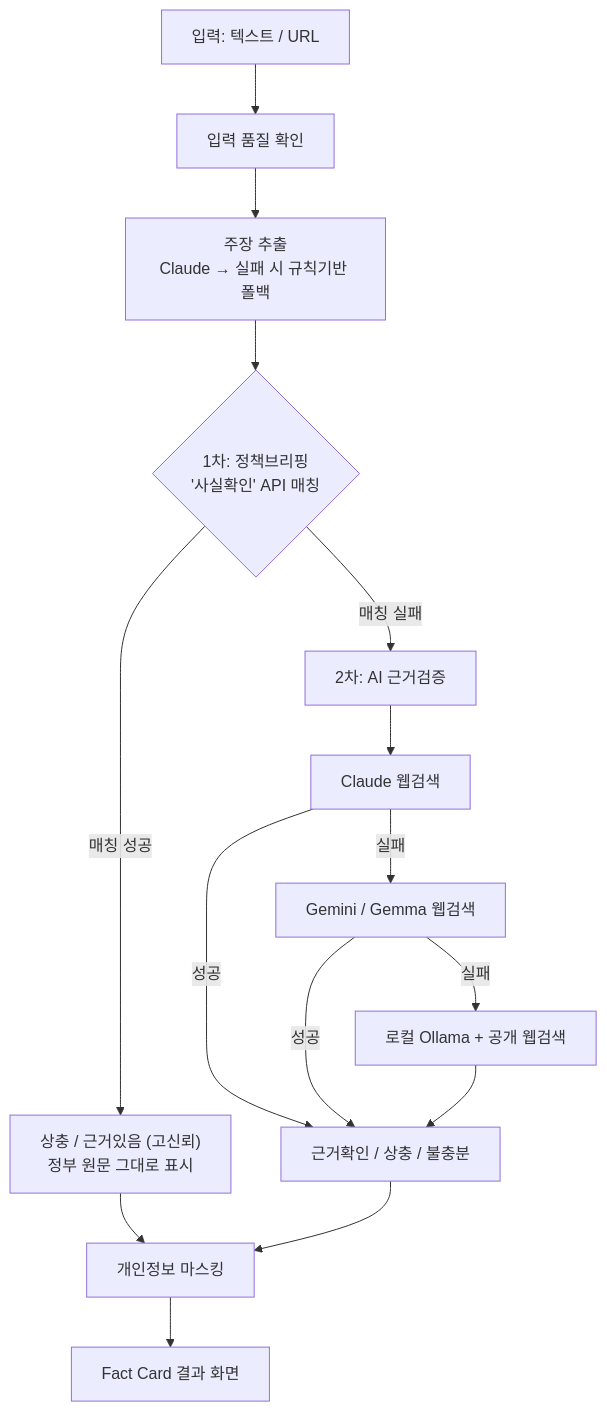
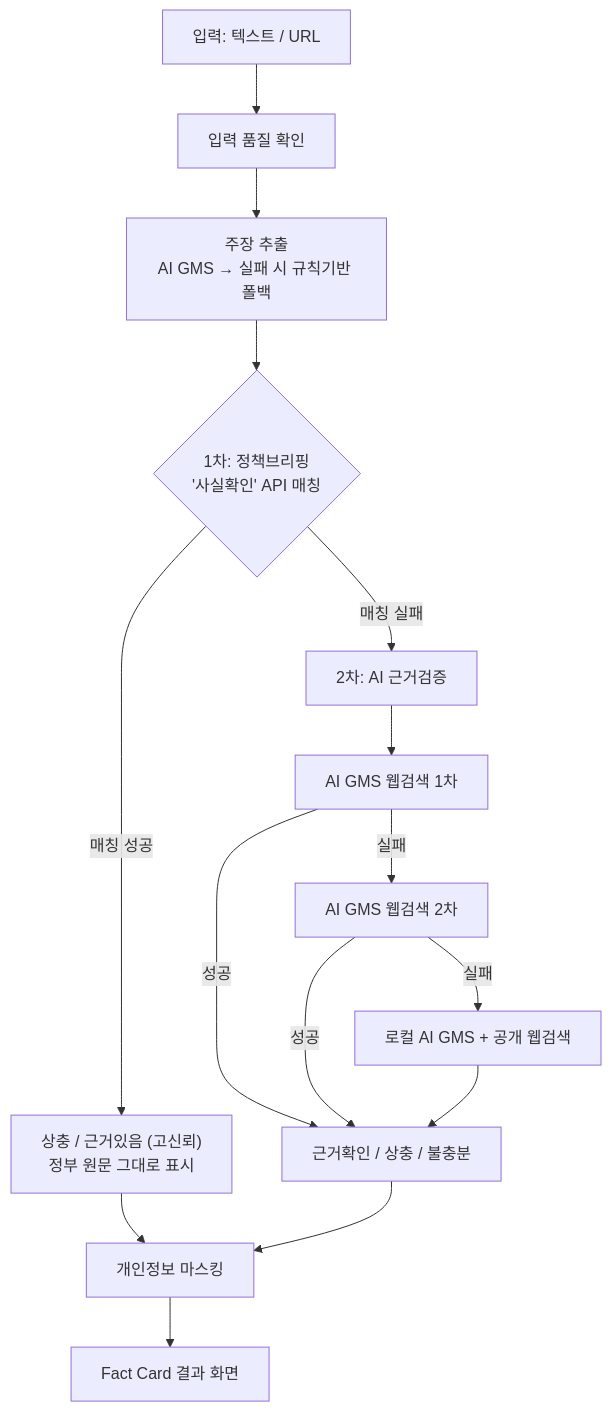
The diagram in README.md (ckalswl26/ICT-FactON-), drawn with Mermaid before and after one commit. The commit also changed other lines of this file and 9 other files, not shown here.

````diff
--- a/README.md
+++ b/README.md
@@ -31,17 +31,17 @@
 ```mermaid
 flowchart TD
     A[입력: 텍스트 / URL] --> B[입력 품질 확인]
-    B --> C[주장 추출<br/>Claude → 실패 시 규칙기반 폴백]
+    B --> C[주장 추출<br/>AI GMS → 실패 시 규칙기반 폴백]
     C --> D{1차: 정책브리핑<br/>'사실확인' API 매칭}
     D -- 매칭 성공 --> E["상충 / 근거있음 (고신뢰)<br/>정부 원문 그대로 표시"]
     D -- 매칭 실패 --> F[2차: AI 근거검증]
-    F --> F1[Claude 웹검색]
-    F1 -- 실패 --> F2[Gemini / Gemma 웹검색]
-    F2 -- 실패 --> F3[로컬 Ollama + 공개 웹검색]
+    F --> F1[AI GMS 웹검색 1차]
+    F1 -- 실패 --> F2[AI GMS 웹검색 2차]
+    F2 -- 실패 --> F3[로컬 AI GMS + 공개 웹검색]
     F1 -- 성공 --> G[근거확인 / 상충 / 불충분]
     F2 -- 성공 --> G
     F3 --> G
     E --> H[개인정보 마스킹]
     G --> H
     H --> I[Fact Card 결과 화면]
 ```
````
